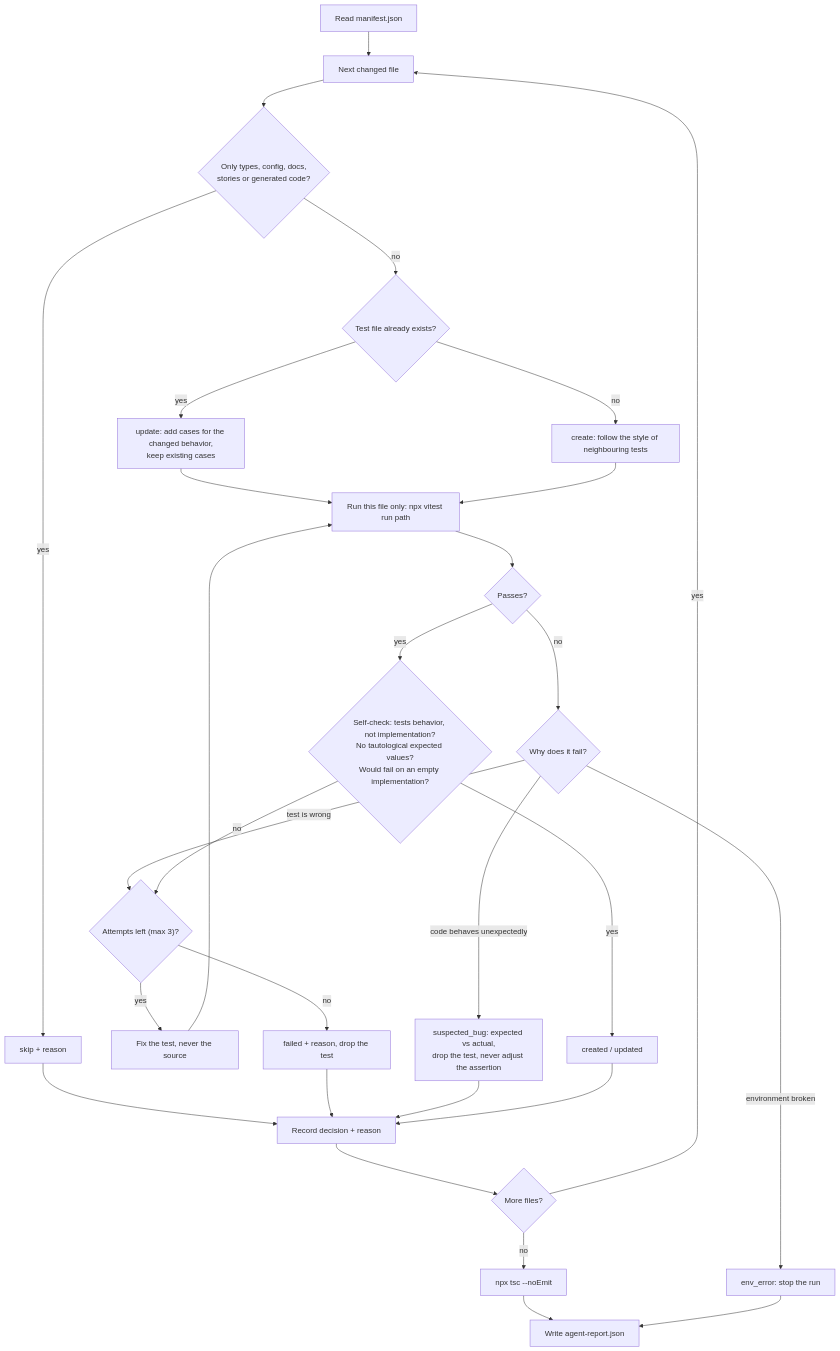
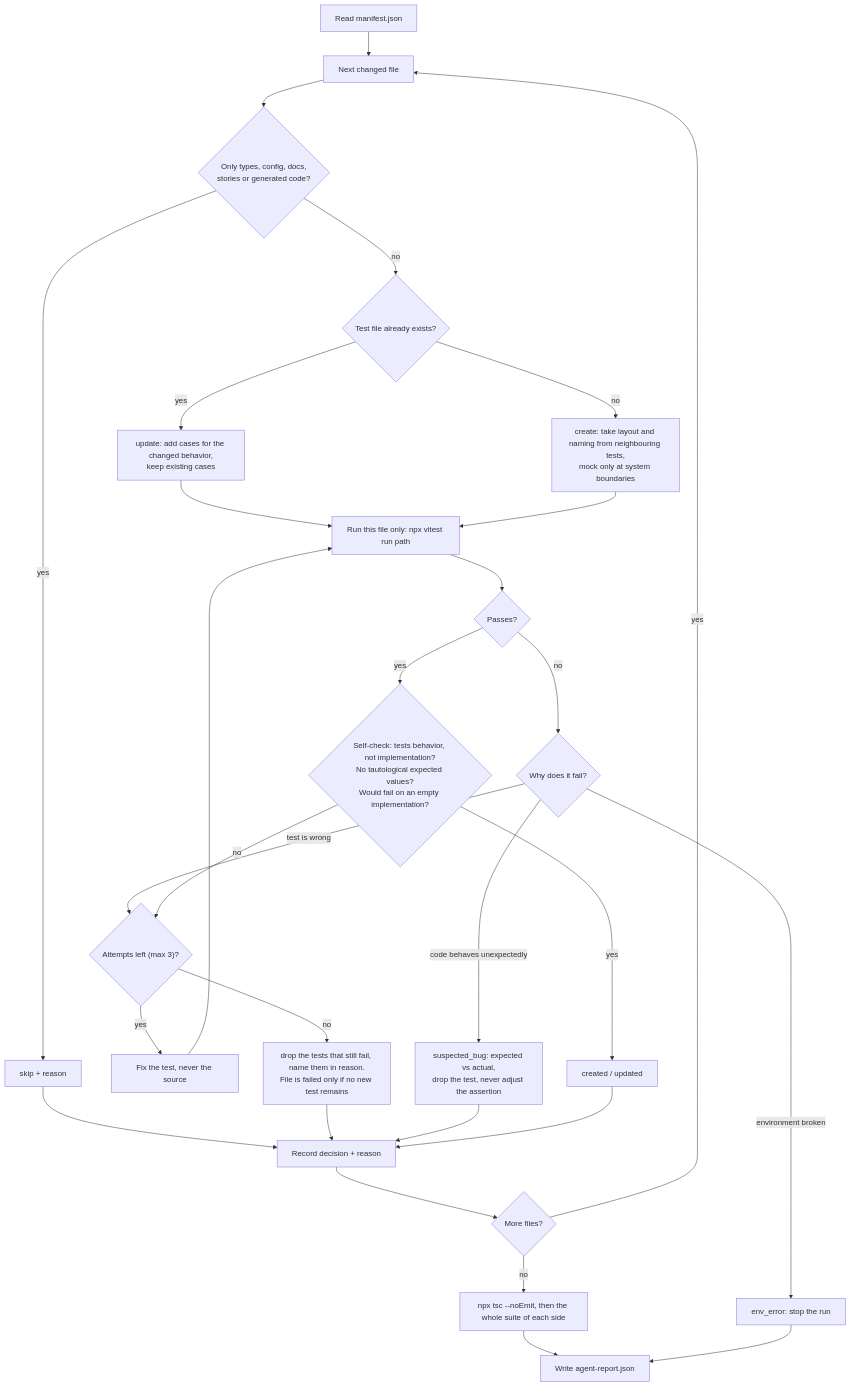
One commit to ArtemProkopenko123/cf_testing_agent changed the second of 2 diagrams in SOLUTION.md. Above: the diagram before and after it, drawn with Mermaid. The commit also changed other lines of this file, not shown here.

````diff
--- a/SOLUTION.md
+++ b/SOLUTION.md
@@ -27,30 +56,30 @@
 ```mermaid
 flowchart TD
   S["Read manifest.json"] --> L["Next changed file"]
   L --> T{"Only types, config, docs,<br/>stories or generated code?"}
   T -- yes --> SK["skip + reason"]
   T -- no --> X{"Test file already exists?"}
   X -- yes --> UP["update: add cases for the changed behavior,<br/>keep existing cases"]
-  X -- no --> CR["create: follow the style of neighbouring tests"]
+  X -- no --> CR["create: take layout and naming from neighbouring tests,<br/>mock only at system boundaries"]
   UP --> R["Run this file only: npx vitest run path"]
   CR --> R
   R --> P{"Passes?"}
   P -- no --> W{"Why does it fail?"}
   W -- "test is wrong" --> FX{"Attempts left (max 3)?"}
   FX -- yes --> FIX["Fix the test, never the source"] --> R
-  FX -- no --> FL["failed + reason, drop the test"]
+  FX -- no --> FL["drop the tests that still fail, name them in reason.<br/>File is failed only if no new test remains"]
   W -- "code behaves unexpectedly" --> SB["suspected_bug: expected vs actual,<br/>drop the test, never adjust the assertion"]
   W -- "environment broken" --> ENV["env_error: stop the run"]
   P -- yes --> SC{"Self-check: tests behavior, not implementation?<br/>No tautological expected values?<br/>Would fail on an empty implementation?"}
   SC -- no --> FX
   SC -- yes --> OK["created / updated"]
   SK --> RP["Record decision + reason"]
   FL --> RP
   SB --> RP
   OK --> RP
   RP --> M{"More files?"}
   M -- yes --> L
-  M -- no --> TC["npx tsc --noEmit"]
+  M -- no --> TC["npx tsc --noEmit, then the whole suite of each side"]
   TC --> OUT["Write agent-report.json"]
   ENV --> OUT
 ```
````
